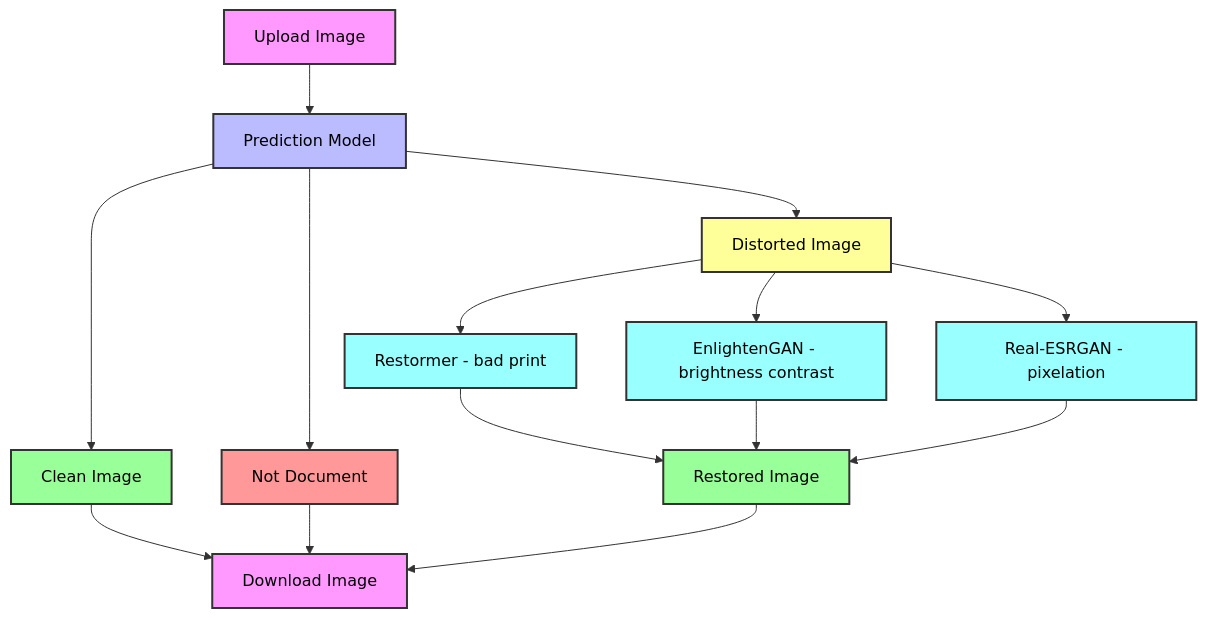
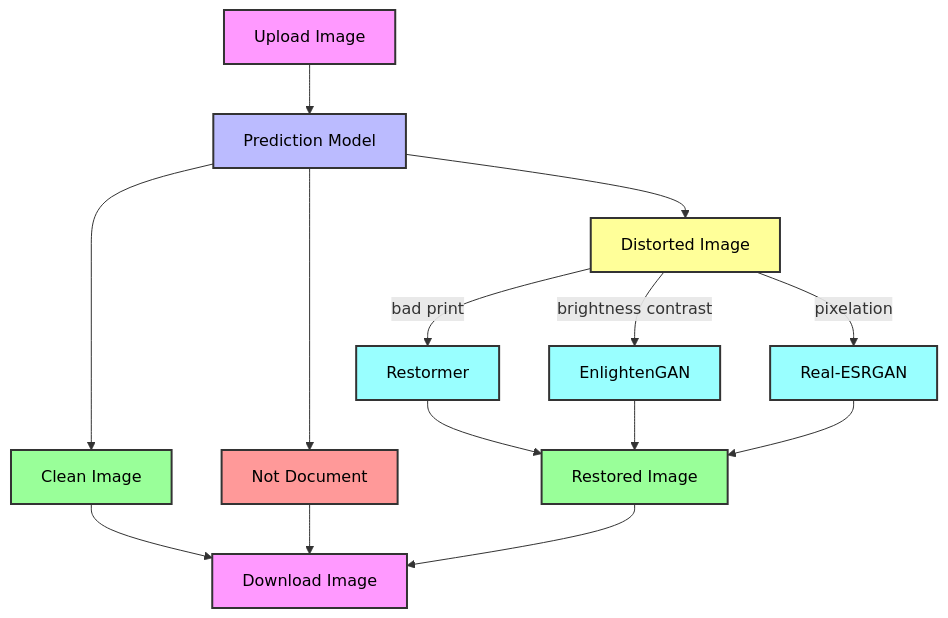
The first of 2 diagrams in README.md (kudriavtcevroman/Document_Restoration_Project), drawn with Mermaid before and after one commit.

````diff
--- a/README.md
+++ b/README.md
@@ -53,27 +53,27 @@
 ```mermaid
 graph TD;
     A[Upload Image] --> B[Prediction Model];
     B --> C[Distorted Image];
     B --> D[Clean Image];
     B --> E[Not Document];
-    C --> F[Restormer - bad print];
-    C --> G[EnlightenGAN - brightness contrast];
-    C --> H[Real-ESRGAN - pixelation];
+    C -->|bad print| F[Restormer];
+    C -->|brightness contrast| G[EnlightenGAN];
+    C -->|pixelation| H[Real-ESRGAN];
     F --> I[Restored Image];
     G --> I[Restored Image];
     H --> I[Restored Image];
     D --> J[Download Image];
     E --> J[Download Image];
     I --> J[Download Image];
 
     style A fill:#f9f,stroke:#333,color:#000,stroke-width:2px
     style B fill:#bbf,stroke:#333,color:#000,stroke-width:2px
     style C fill:#ff9,stroke:#333,color:#000,stroke-width:2px
     style D fill:#9f9,stroke:#333,color:#000,stroke-width:2px
     style E fill:#f99,stroke:#333,color:#000,stroke-width:2px
     style F fill:#9ff,stroke:#333,color:#000,stroke-width:2px
     style G fill:#9ff,stroke:#333,color:#000,stroke-width:2px
     style H fill:#9ff,stroke:#333,color:#000,stroke-width:2px
     style I fill:#9f9,stroke:#333,color:#000,stroke-width:2px
     style J fill:#f9f,stroke:#333,color:#000,stroke-width:2px
 ```
````
